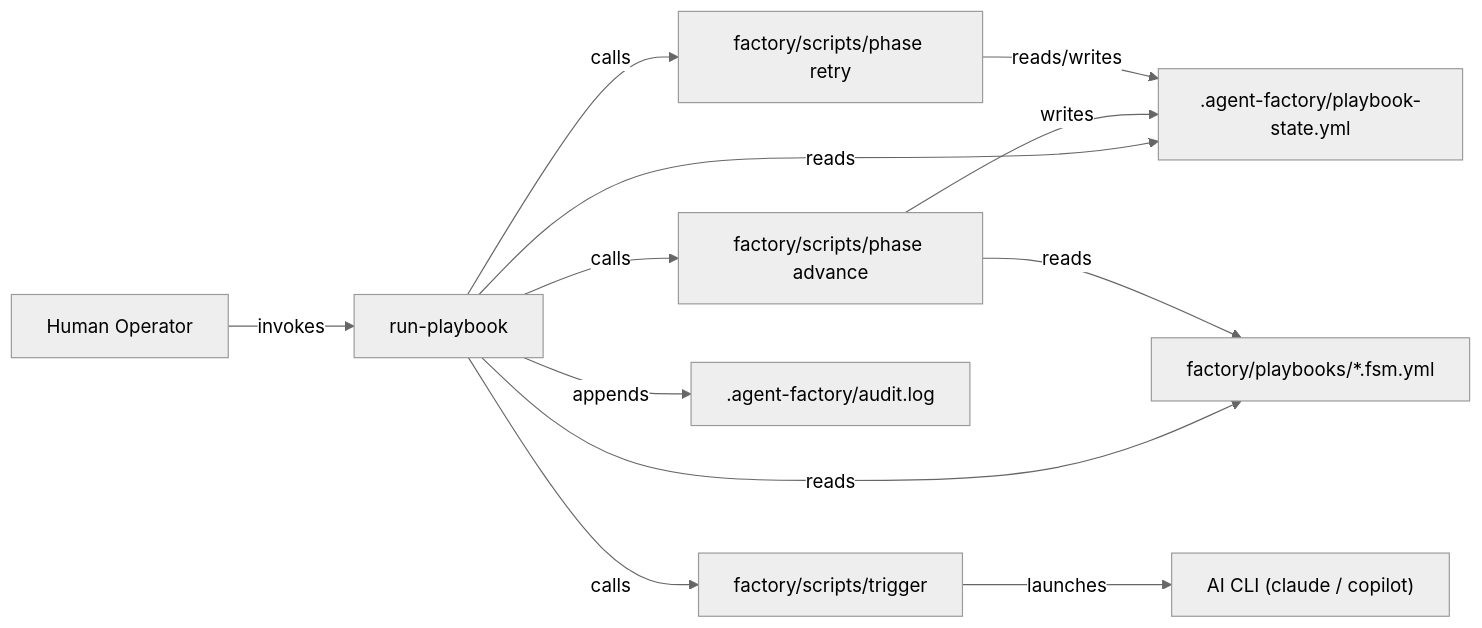
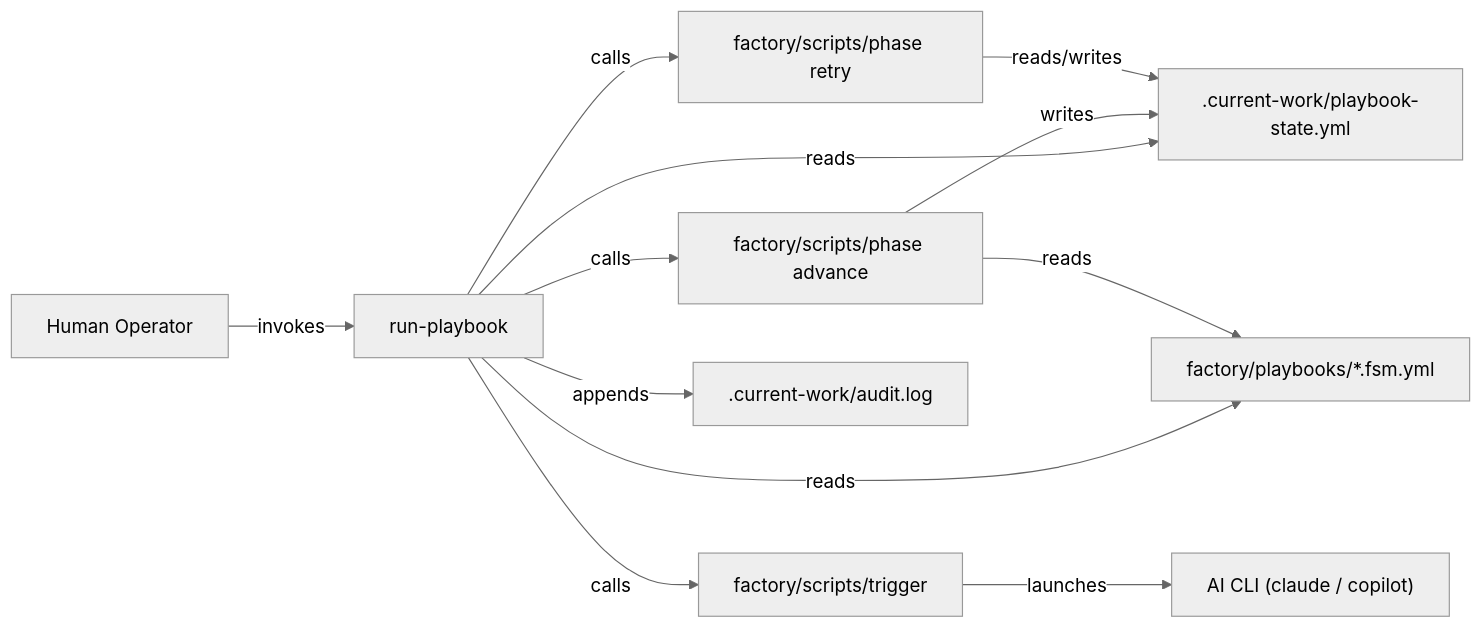
Before and after one commit to matthiasdaues/agent_factory: the diagram in orchestrator/docs/05_building_block_view.md, drawn with Mermaid (neutral theme). The commit also changed other lines of this file and 33 other files, not shown here.

````diff
--- a/orchestrator/docs/05_building_block_view.md
+++ b/orchestrator/docs/05_building_block_view.md
@@ -5,14 +5,14 @@
 ```mermaid
 graph LR
     Human["Human Operator"] -->|invokes| RP["run-playbook"]
-    RP -->|reads| Marker[".agent-factory/playbook-state.yml"]
+    RP -->|reads| Marker[".current-work/playbook-state.yml"]
     RP -->|reads| FSM["factory/playbooks/*.fsm.yml"]
     RP -->|calls| PA["factory/scripts/phase advance"]
     RP -->|calls| PR["factory/scripts/phase retry"]
     RP -->|calls| TR["factory/scripts/trigger"]
     TR -->|launches| CLI["AI CLI (claude / copilot)"]
     PA -->|writes| Marker
     PA -->|reads| FSM
     PR -->|reads/writes| Marker
-    RP -->|appends| Audit[".agent-factory/audit.log"]
+    RP -->|appends| Audit[".current-work/audit.log"]
 ```
````
